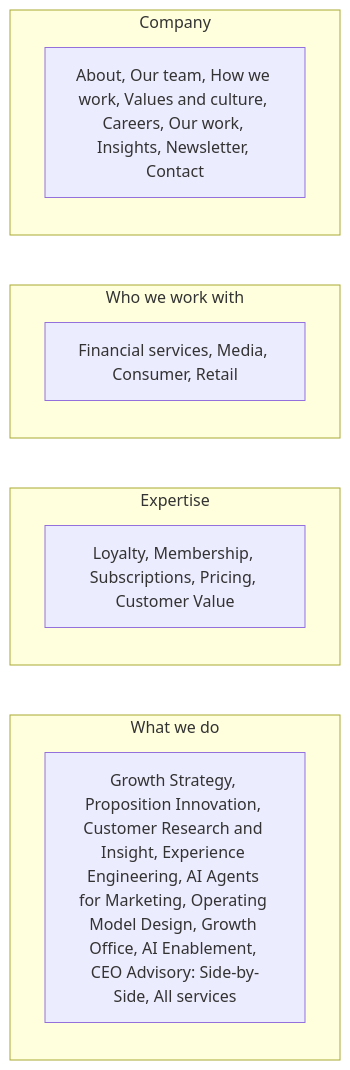
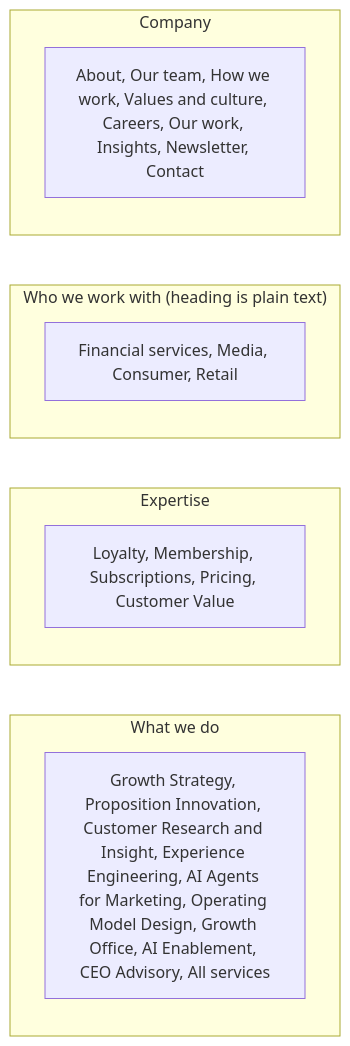
One commit to gsdd/temp-manifesto-ia changed the sixth of 6 diagrams in docs/diagrams/mega-nav.md. Above: the diagram before and after it, drawn with Mermaid. The commit also changed other lines of this file and 5 other files, not shown here.

Commit message:
v4 content matrix, wording decisions status, diagrams and README: pillar and quiet lines replace subtitles, service hero lines, intent map points at labels and pages, sector index removed from diagrams

````diff
--- a/docs/diagrams/mega-nav.md
+++ b/docs/diagrams/mega-nav.md
@@ -133,19 +108,19 @@
 ```mermaid
 flowchart LR
     subgraph F1["What we do"]
         direction TB
-        F1a["Growth Strategy, Proposition Innovation, Customer Research and Insight, Experience Engineering, AI Agents for Marketing, Operating Model Design, Growth Office, AI Enablement, CEO Advisory: Side-by-Side, All services"]
+        F1a["Growth Strategy, Proposition Innovation, Customer Research and Insight, Experience Engineering, AI Agents for Marketing, Operating Model Design, Growth Office, AI Enablement, CEO Advisory, All services"]
     end
     subgraph F2["Expertise"]
         direction TB
         F2a["Loyalty, Membership, Subscriptions, Pricing, Customer Value"]
     end
-    subgraph F3["Who we work with"]
+    subgraph F3["Who we work with (heading is plain text)"]
         direction TB
         F3a["Financial services, Media, Consumer, Retail"]
     end
     subgraph F4["Company"]
         direction TB
         F4a["About, Our team, How we work, Values and culture, Careers, Our work, Insights, Newsletter, Contact"]
     end
 ```
````
